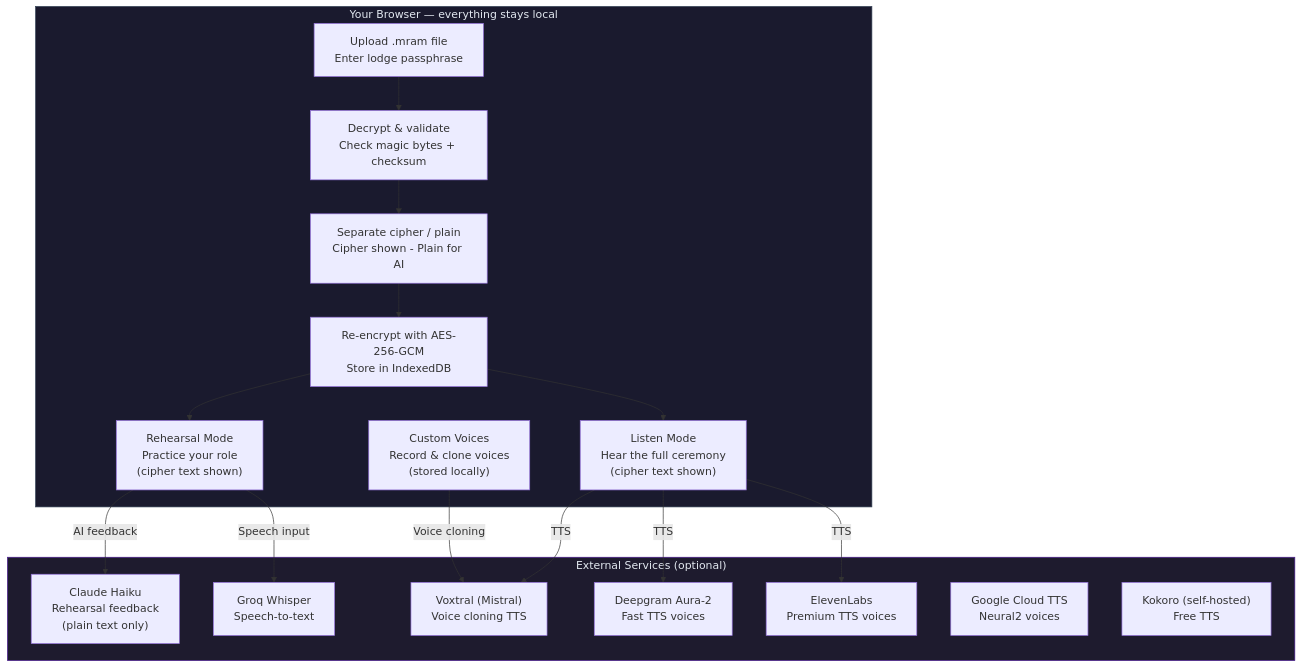
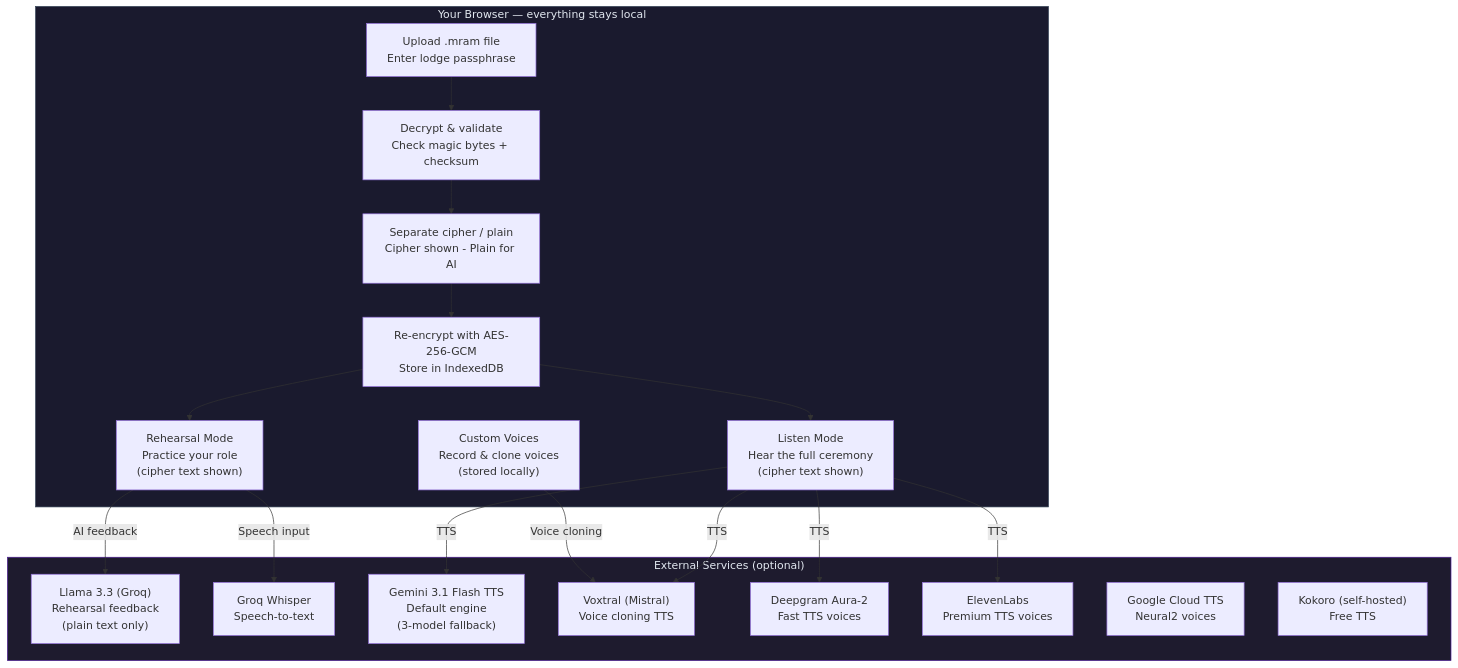
One commit to mcleods777/Masonic-Ritual-AI-Mentor changed the diagram in README.md. Above: the diagram before and after it, drawn with Mermaid. The commit also changed other lines of this file and 2 other files, not shown here.

Commit message:
docs: catch up README + INSTALL-GUIDE + NOTION-HOW-TO to post-session stack
Covers the 2026-04-18/19 session (PRs #49-#67):
- Gemini 3.1 Flash TTS as default + 3-model fallback chain
- Audio bake-in at build time (--with-audio) with zero-API playback
- bake-ea-rituals.ts wrapper
- Voxtral default voices as unassigned fallback pool
- Magic-link auth + pilot allowlist + rate limiting
- CSP + Google Fonts fix
- Voice card 'Default' badge
- Test count 220 → 226

NOTION-HOW-TO.md fully rewritten: dropped the defunct 'AI Coach chat
with Claude' section; replaced ANTHROPIC_API_KEY with GROQ_API_KEY +
GOOGLE_GEMINI_API_KEY + MISTRAL_API_KEY; updated every diagram and
env var reference to match the current stack.

README fixes the mermaid diagram (Claude Haiku → Llama 3.3; added
Gemini node) and adds a runtime service row for Gemini.

INSTALL-GUIDE strengthens the privacy claim for baked files.

````diff
--- a/README.md
+++ b/README.md
@@ -11,36 +11,38 @@
 ```mermaid
 flowchart TB
     subgraph Browser["Your Browser — everything stays local"]
         Upload["Upload .mram file\nEnter lodge passphrase"]
         Decrypt["Decrypt & validate\nCheck magic bytes + checksum"]
         Split["Separate cipher / plain\nCipher shown - Plain for AI"]
         Encrypt["Re-encrypt with AES-256-GCM\nStore in IndexedDB"]
         Upload --> Decrypt --> Split --> Encrypt
 
         Listen["Listen Mode\nHear the full ceremony\n(cipher text shown)"]
         Rehearsal["Rehearsal Mode\nPractice your role\n(cipher text shown)"]
         Voices["Custom Voices\nRecord & clone voices\n(stored locally)"]
         Encrypt --> Listen
         Encrypt --> Rehearsal
     end
 
     subgraph External["External Services (optional)"]
-        Claude["Claude Haiku\nRehearsal feedback\n(plain text only)"]
+        Llama["Llama 3.3 (Groq)\nRehearsal feedback\n(plain text only)"]
         Whisper["Groq Whisper\nSpeech-to-text"]
+        Gemini["Gemini 3.1 Flash TTS\nDefault engine\n(3-model fallback)"]
         Voxtral["Voxtral (Mistral)\nVoice cloning TTS"]
         Deepgram["Deepgram Aura-2\nFast TTS voices"]
         Eleven["ElevenLabs\nPremium TTS voices"]
         Google["Google Cloud TTS\nNeural2 voices"]
         Kokoro["Kokoro (self-hosted)\nFree TTS"]
     end
 
-    Rehearsal -->|"AI feedback"| Claude
+    Rehearsal -->|"AI feedback"| Llama
     Rehearsal -->|"Speech input"| Whisper
     Voices -->|"Voice cloning"| Voxtral
+    Listen -->|"TTS"| Gemini
     Listen -->|"TTS"| Voxtral
     Listen -->|"TTS"| Deepgram
     Listen -->|"TTS"| Eleven
 
     style Browser fill:#1a1a2e,stroke:#334155,color:#e2e8f0
     style External fill:#1e1b2e,stroke:#4c1d95,color:#e2e8f0
 ```
````
